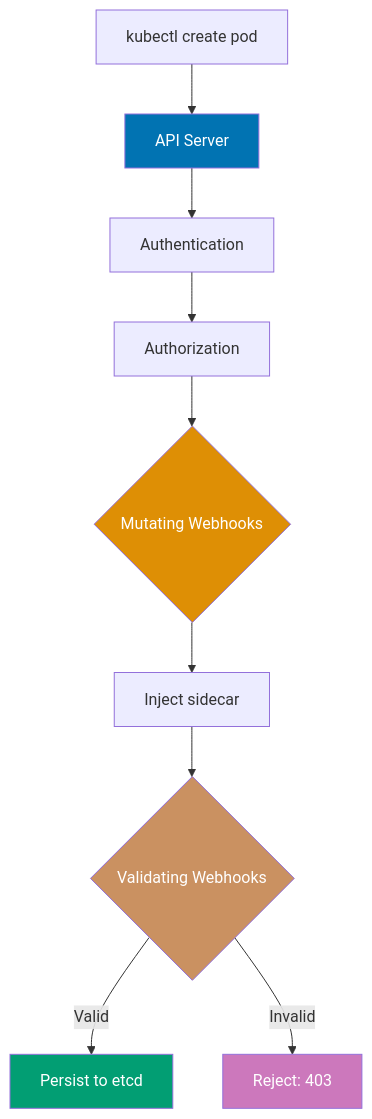
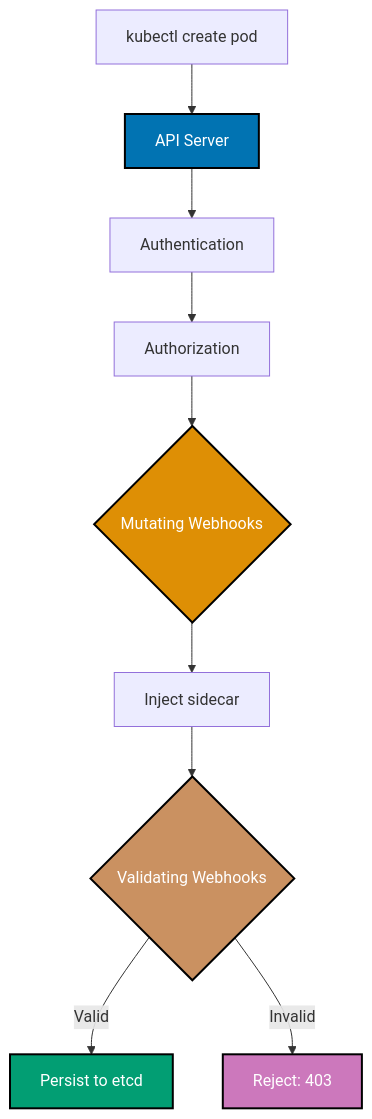
The seventh of 14 diagrams in apps/ayokoding-web/content/en/learn/software-engineering/infrastructure/tools/kubernetes/by-example/advanced.md (wahidyankf/open-sharia-enterprise), drawn with Mermaid before and after one commit. The commit also changed other lines of this file and 25 other files, not shown here.

````diff
--- a/apps/ayokoding-web/content/en/learn/software-engineering/infrastructure/tools/kubernetes/by-example/advanced.md
+++ b/apps/ayokoding-web/content/en/learn/software-engineering/infrastructure/tools/kubernetes/by-example/advanced.md
@@ -2262,18 +2268,19 @@
 ```mermaid
+%% Color Palette: Blue #0173B2, Orange #DE8F05, Teal #029E73, Purple #CC78BC, Brown #CA9161
 %% Admission webhook flow
 graph TD
  A[kubectl create pod] --> B[API Server]
  B --> C[Authentication]
  C --> D[Authorization]
  D --> E{Mutating Webhooks}
  E --> F[Inject sidecar]
  F --> G{Validating Webhooks}
  G -->|Valid| H[Persist to etcd]
  G -->|Invalid| I[Reject: 403]
 
- style B fill:#0173B2,color:#fff
- style E fill:#DE8F05,color:#fff
- style G fill:#CA9161,color:#fff
- style H fill:#029E73,color:#fff
- style I fill:#CC78BC,color:#fff
+ style B fill:#0173B2,stroke:#000000,stroke-width:2px,color:#fff
+ style E fill:#DE8F05,stroke:#000000,stroke-width:2px,color:#fff
+ style G fill:#CA9161,stroke:#000000,stroke-width:2px,color:#fff
+ style H fill:#029E73,stroke:#000000,stroke-width:2px,color:#fff
+ style I fill:#CC78BC,stroke:#000000,stroke-width:2px,color:#fff
 ```
````
